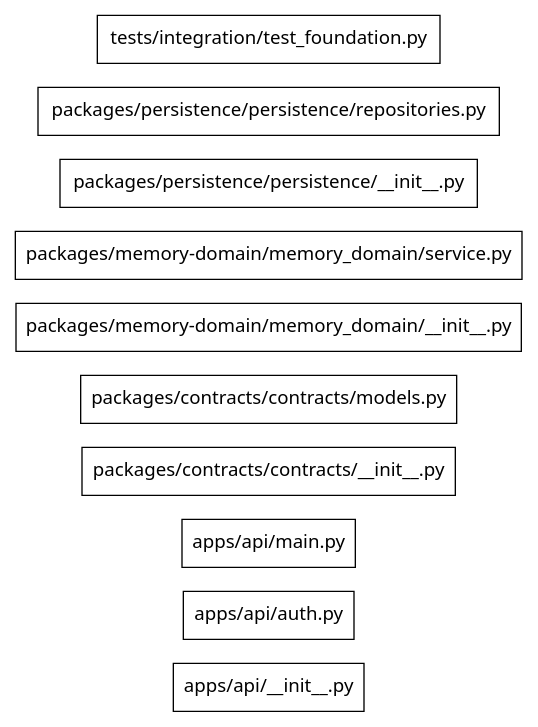
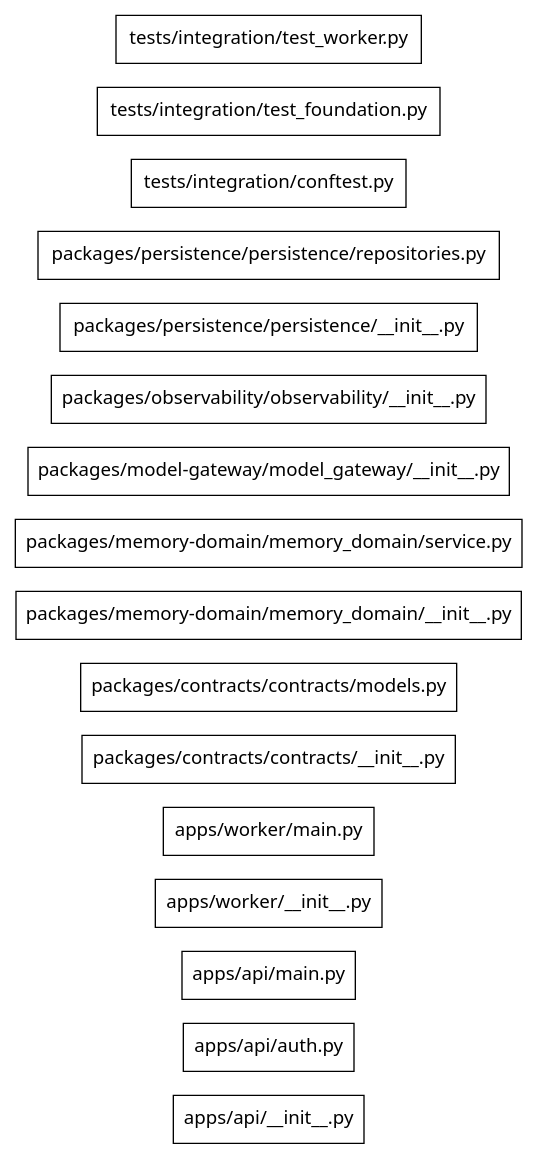
One commit to Samyak-jain7/agent-memory changed the diagram in .genesis/index/graph.dot. Above: the diagram before and after it, drawn with Graphviz. The commit also changed 24 other files, not shown here.

```diff
--- a/.genesis/index/graph.dot
+++ b/.genesis/index/graph.dot
@@ -1,15 +1,21 @@
 digraph genesis {
   rankdir=LR;
   node [shape=box,fontname="system-ui"];
   "file:apps/api/__init__.py" [label="apps/api/__init__.py",class="file"];
   "file:apps/api/auth.py" [label="apps/api/auth.py",class="file"];
   "file:apps/api/main.py" [label="apps/api/main.py",class="file"];
+  "file:apps/worker/__init__.py" [label="apps/worker/__init__.py",class="file"];
+  "file:apps/worker/main.py" [label="apps/worker/main.py",class="file"];
   "file:packages/contracts/contracts/__init__.py" [label="packages/contracts/contracts/__init__.py",class="file"];
   "file:packages/contracts/contracts/models.py" [label="packages/contracts/contracts/models.py",class="file"];
   "file:packages/memory-domain/memory_domain/__init__.py" [label="packages/memory-domain/memory_domain/__init__.py",class="file"];
   "file:packages/memory-domain/memory_domain/service.py" [label="packages/memory-domain/memory_domain/service.py",class="file"];
+  "file:packages/model-gateway/model_gateway/__init__.py" [label="packages/model-gateway/model_gateway/__init__.py",class="file"];
+  "file:packages/observability/observability/__init__.py" [label="packages/observability/observability/__init__.py",class="file"];
   "file:packages/persistence/persistence/__init__.py" [label="packages/persistence/persistence/__init__.py",class="file"];
   "file:packages/persistence/persistence/repositories.py" [label="packages/persistence/persistence/repositories.py",class="file"];
+  "file:tests/integration/conftest.py" [label="tests/integration/conftest.py",class="file"];
   "file:tests/integration/test_foundation.py" [label="tests/integration/test_foundation.py",class="file"];
+  "file:tests/integration/test_worker.py" [label="tests/integration/test_worker.py",class="file"];
 
 }
```
